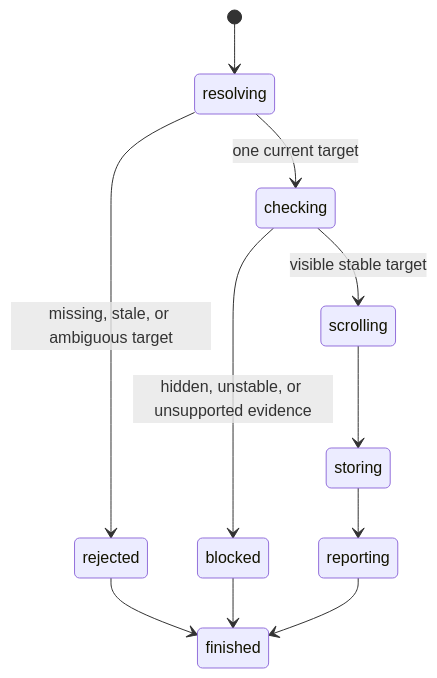
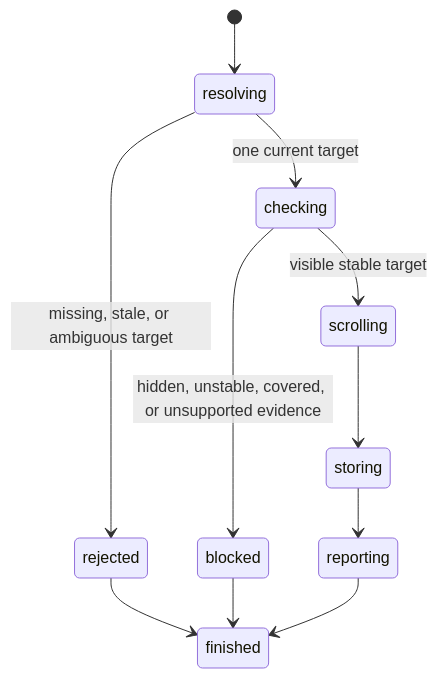
The diagram in interaction/hover-element.md (thoriqakbar0/browser.jr), drawn with Mermaid before and after one commit. The commit also changed other lines of this file and 22 other files, not shown here.

````diff
--- a/interaction/hover-element.md
+++ b/interaction/hover-element.md
@@ -25,13 +27,13 @@
 ```mermaid
 stateDiagram-v2
     [*] --> resolving
     resolving --> rejected : missing, stale, or ambiguous target
     resolving --> checking : one current target
-    checking --> blocked : hidden, unstable, or unsupported evidence
+    checking --> blocked : hidden, unstable, covered, or unsupported evidence
     checking --> scrolling : visible stable target
     scrolling --> storing
     storing --> reporting
     rejected --> finished
     blocked --> finished
     reporting --> finished
 ```
````
